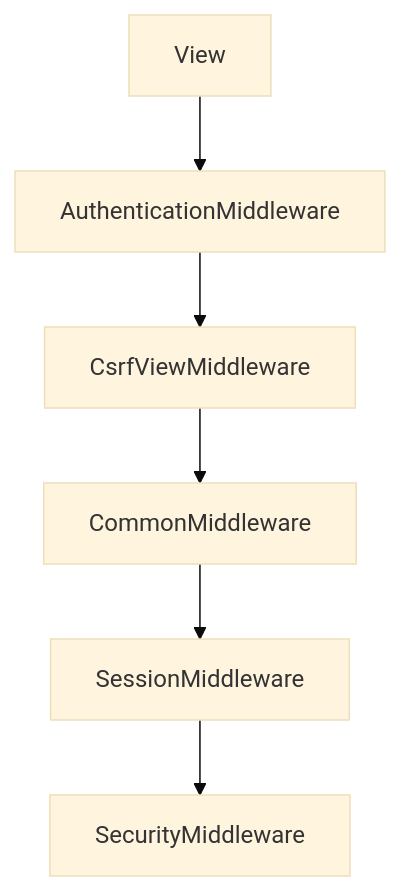
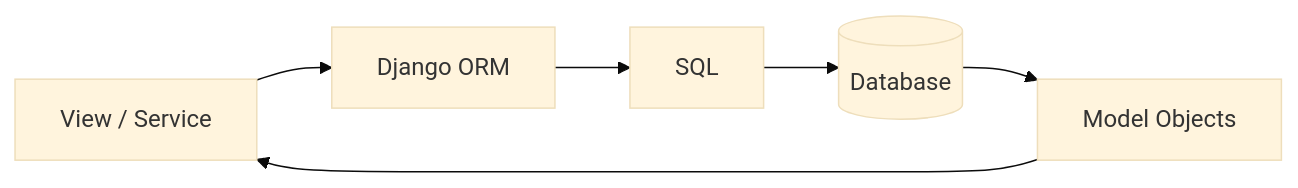
Before and after one commit to AvadhBhalodiya/Interview-Preparation: the fifth of 9 diagrams in src/content/django/mtv-request-response-cycle.md, drawn with Mermaid (base theme). The commit also changed other lines of this file and 80 other files, not shown here.

````diff
--- a/src/content/django/mtv-request-response-cycle.md
+++ b/src/content/django/mtv-request-response-cycle.md
@@ -486,8 +599,8 @@
 ```mermaid
-flowchart TD
-    A[View] --> B[AuthenticationMiddleware]
-    B --> C[CsrfViewMiddleware]
-    C --> D[CommonMiddleware]
-    D --> E[SessionMiddleware]
-    E --> F[SecurityMiddleware]
+flowchart LR
+    View[View / Service] --> ORM[Django ORM]
+    ORM --> SQL[SQL]
+    SQL --> DB[(Database)]
+    DB --> Objects[Model Objects]
+    Objects --> View
 ```
````
